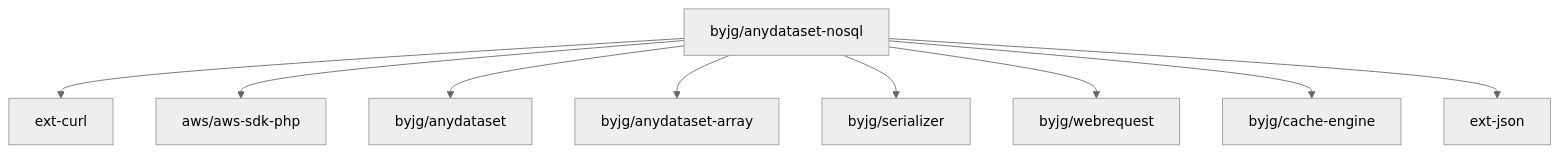
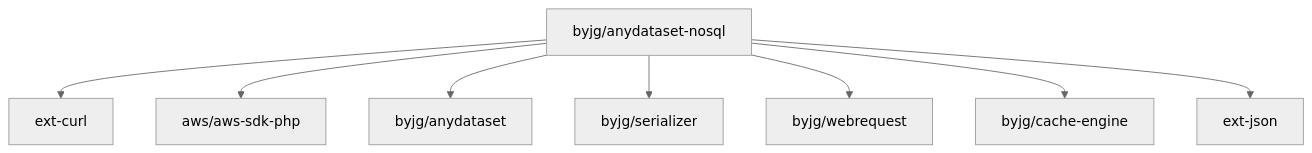
Before and after one commit to byjg/php-anydataset-nosql: the diagram in README.md, drawn with Mermaid (neutral theme). The commit also changed other lines of this file and 9 other files, not shown here.

````diff
--- a/README.md
+++ b/README.md
@@ -68,11 +69,10 @@
 ```mermaid
 flowchart TD
    byjg/anydataset-nosql --> ext-curl
    byjg/anydataset-nosql --> aws/aws-sdk-php
    byjg/anydataset-nosql --> byjg/anydataset
-   byjg/anydataset-nosql --> byjg/anydataset-array
    byjg/anydataset-nosql --> byjg/serializer
    byjg/anydataset-nosql --> byjg/webrequest
    byjg/anydataset-nosql --> byjg/cache-engine
    byjg/anydataset-nosql --> ext-json
 ```
````
